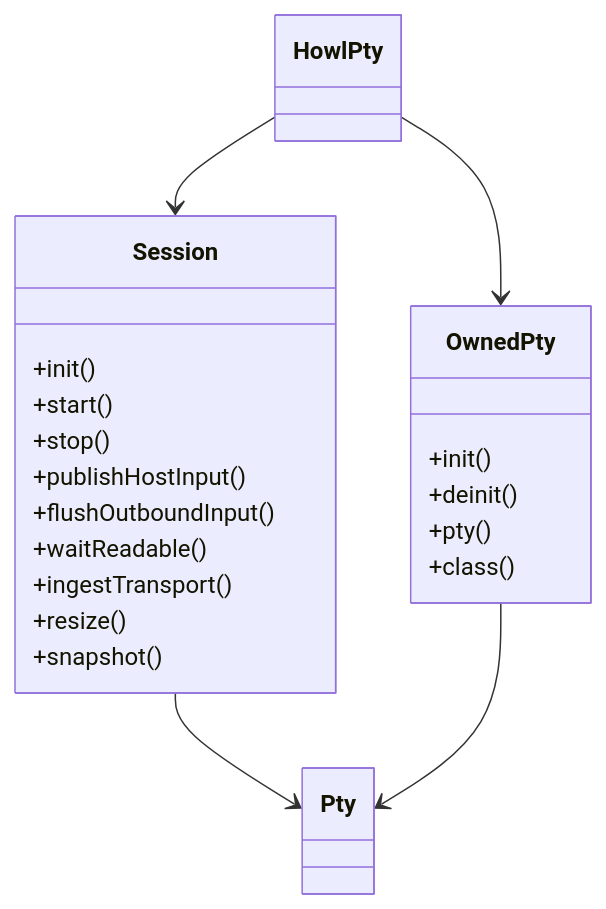
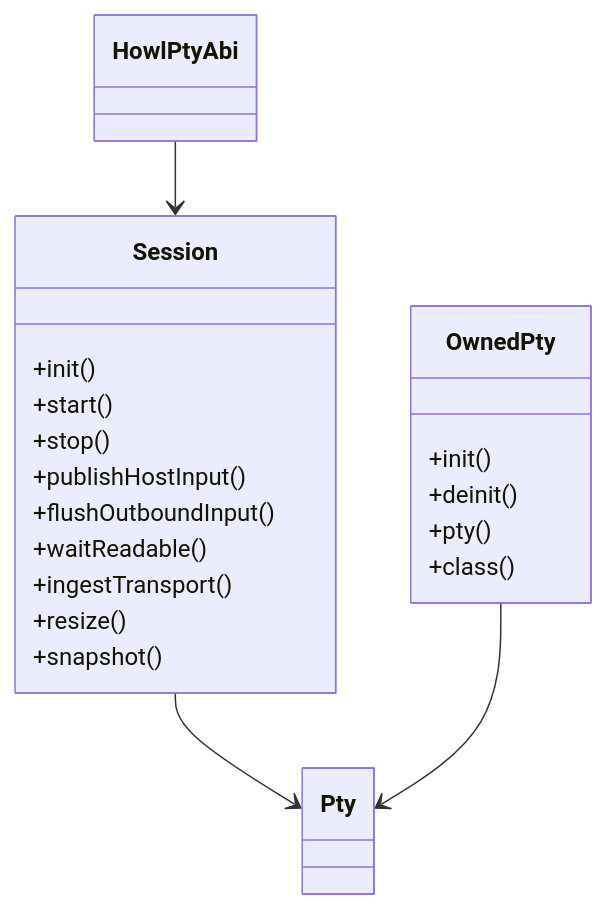
Before and after one commit to LaurenceGuws/howl-pty: the first of 4 diagrams in design.md, drawn with Mermaid. The commit also changed other lines of this file and 7 other files, not shown here.

Commit message:
pty: split abi root from repo-local test root

````diff
--- a/design.md
+++ b/design.md
@@ -17,27 +21,26 @@
 ```mermaid
 classDiagram
-    class HowlPty
+    class HowlPtyAbi
     class Session {
       +init()
       +start()
       +stop()
       +publishHostInput()
       +flushOutboundInput()
       +waitReadable()
       +ingestTransport()
       +resize()
       +snapshot()
     }
     class OwnedPty {
       +init()
       +deinit()
       +pty()
       +class()
     }
     class Pty
 
-    HowlPty --> Session
-    HowlPty --> OwnedPty
+    HowlPtyAbi --> Session
     Session --> Pty
     OwnedPty --> Pty
 ```
````
